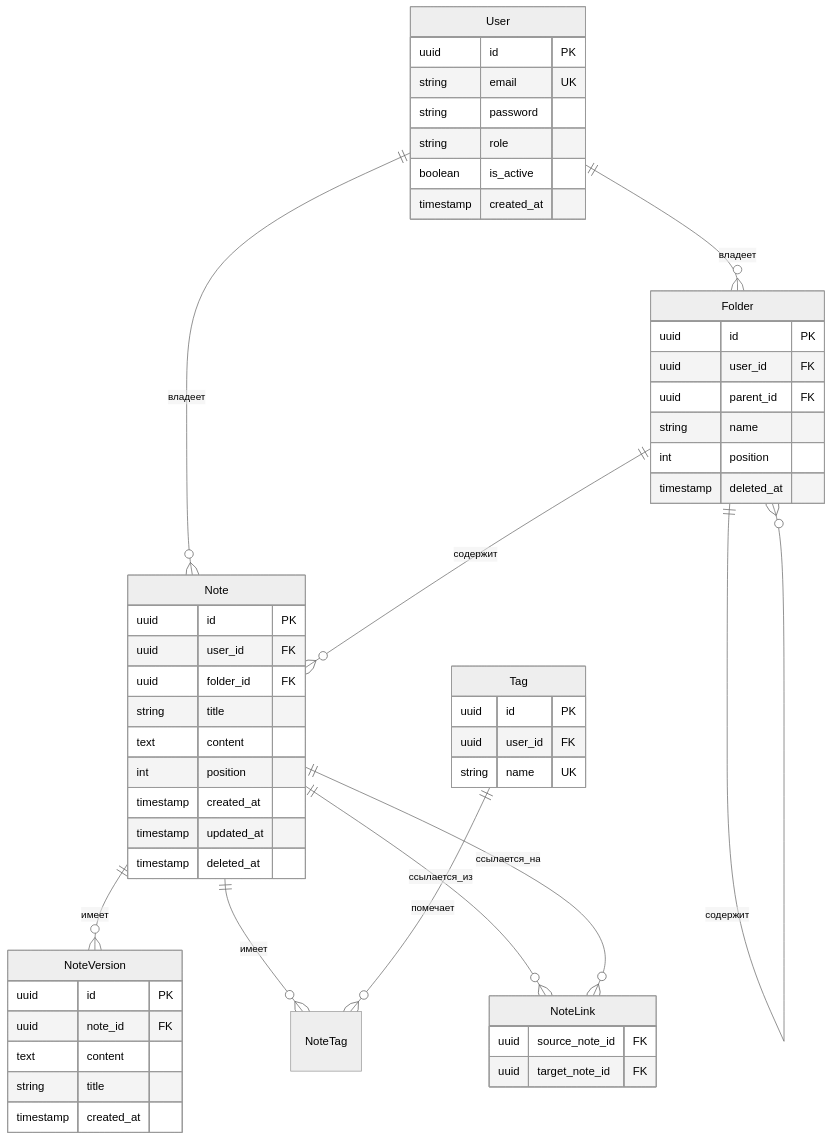
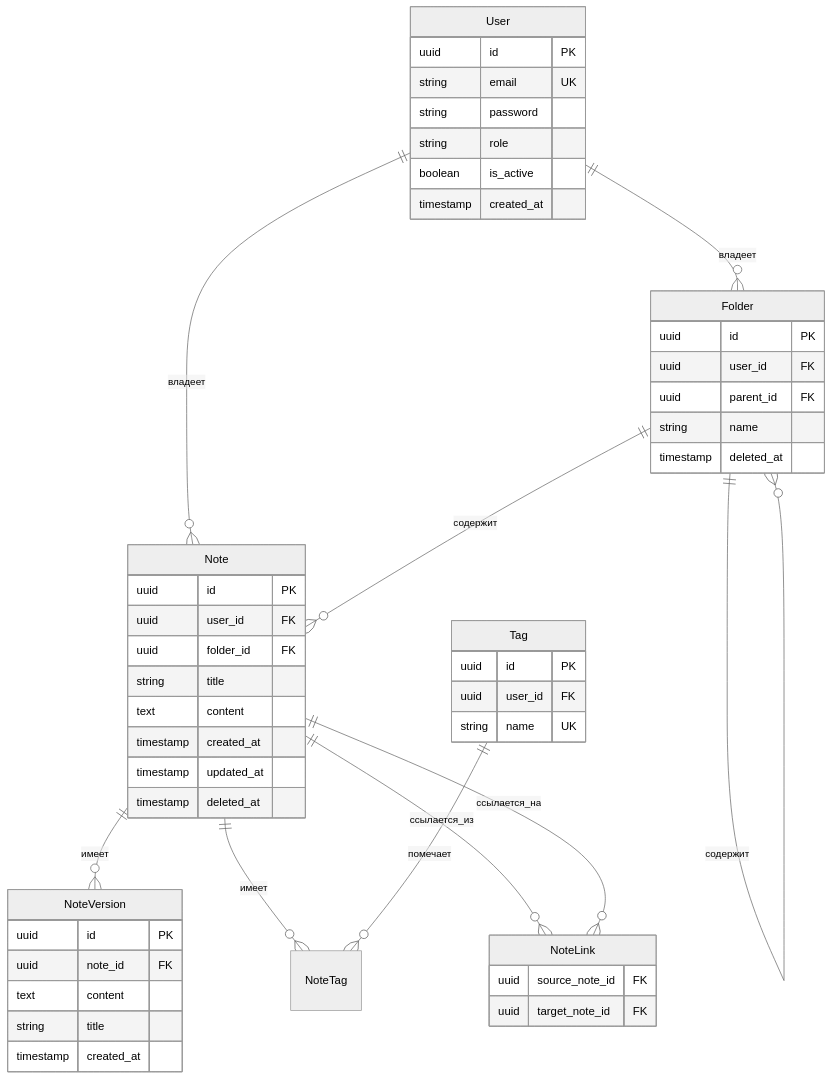
The second of 2 diagrams in ARCHITECTURE.md (anton-test-otus/otus-ai-app), drawn with Mermaid (neutral theme) before and after one commit. The commit also changed other lines of this file and 34 other files, not shown here.

````diff
--- a/ARCHITECTURE.md
+++ b/ARCHITECTURE.md
@@ -63,61 +63,59 @@
 ```mermaid
 erDiagram
     User ||--o{ Note : владеет
     User ||--o{ Folder : владеет
     Folder ||--o{ Folder : содержит
     Folder ||--o{ Note : содержит
     Note ||--o{ NoteVersion : имеет
     Note ||--o{ NoteTag : имеет
     Tag ||--o{ NoteTag : помечает
     Note ||--o{ NoteLink : ссылается_из
     Note ||--o{ NoteLink : ссылается_на
 
     User {
         uuid id PK
         string email UK
         string password
         string role
         boolean is_active
         timestamp created_at
     }
     
     Folder {
         uuid id PK
         uuid user_id FK
         uuid parent_id FK
         string name
-        int position
         timestamp deleted_at
     }
     
     Note {
         uuid id PK
         uuid user_id FK
         uuid folder_id FK
         string title
         text content
-        int position
         timestamp created_at
         timestamp updated_at
         timestamp deleted_at
     }
     
     NoteVersion {
         uuid id PK
         uuid note_id FK
         text content
         string title
         timestamp created_at
     }
     
     Tag {
         uuid id PK
         uuid user_id FK
         string name UK
     }
     
     NoteLink {
         uuid source_note_id FK
         uuid target_note_id FK
     }
 ```
````
